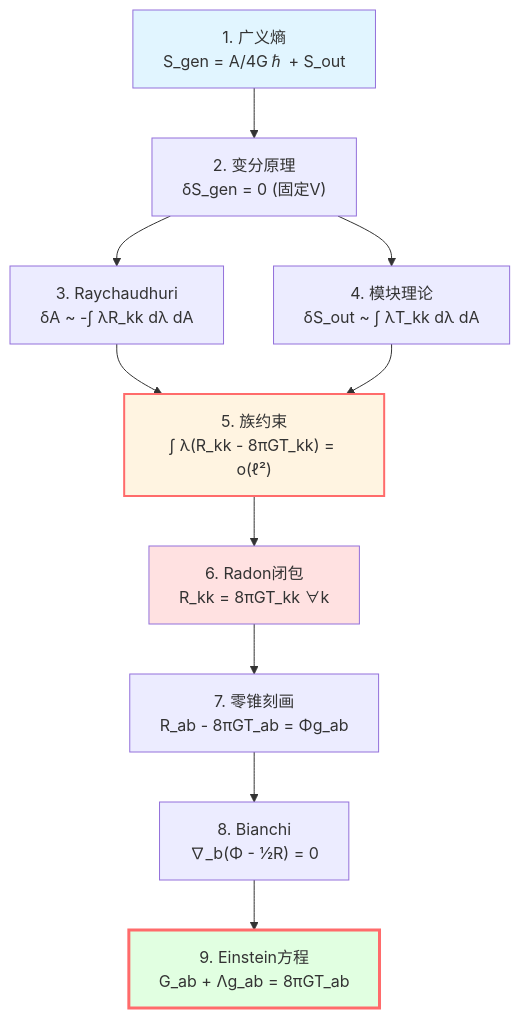
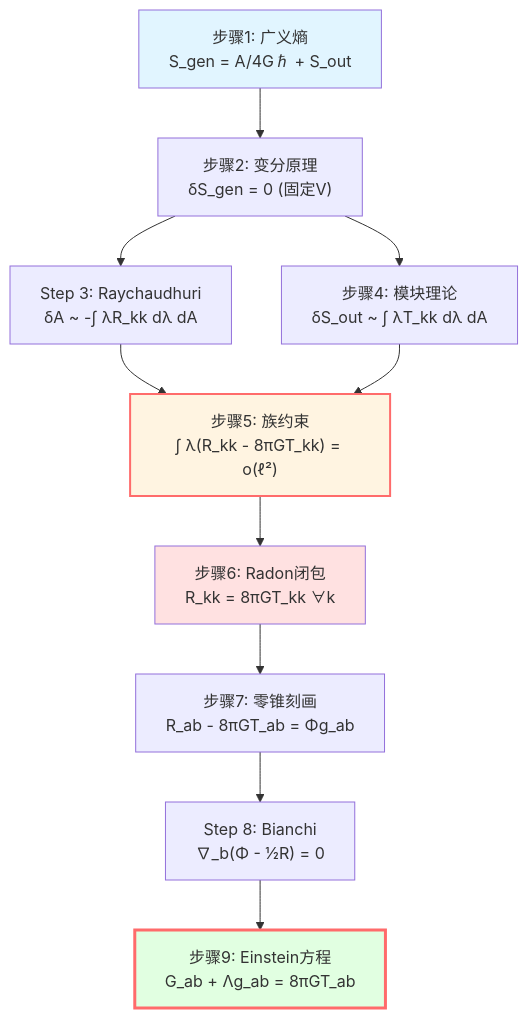
Before and after one commit to loning/zeckendorf-hilbert: the fifth of 5 diagrams in docs/euler-article/gls-union/04-igvp-framework/04-first-order-variation.md, drawn with Mermaid. The commit also changed 26 other files, not shown here.

````diff
--- a/docs/euler-article/gls-union/04-igvp-framework/04-first-order-variation.md
+++ b/docs/euler-article/gls-union/04-igvp-framework/04-first-order-variation.md
@@ -379,23 +379,23 @@
 ```mermaid
 graph TB
-    S1["1. 广义熵<br/>S_gen = A/4Gℏ + S_out"] --> S2["2. 变分原理<br/>δS_gen = 0 (固定V)"]
+    S1["步骤1: 广义熵<br/>S_gen = A/4Gℏ + S_out"] --> S2["步骤2: 变分原理<br/>δS_gen = 0 (固定V)"]
 
-    S2 --> S3["3. Raychaudhuri<br/>δA ~ -∫ λR_kk dλ dA"]
-    S2 --> S4["4. 模块理论<br/>δS_out ~ ∫ λT_kk dλ dA"]
+    S2 --> S3["Step 3: Raychaudhuri<br/>δA ~ -∫ λR_kk dλ dA"]
+    S2 --> S4["步骤4: 模块理论<br/>δS_out ~ ∫ λT_kk dλ dA"]
 
-    S3 --> S5["5. 族约束<br/>∫ λ(R_kk - 8πGT_kk) = o(ℓ²)"]
+    S3 --> S5["步骤5: 族约束<br/>∫ λ(R_kk - 8πGT_kk) = o(ℓ²)"]
     S4 --> S5
 
-    S5 --> S6["6. Radon闭包<br/>R_kk = 8πGT_kk ∀k"]
+    S5 --> S6["步骤6: Radon闭包<br/>R_kk = 8πGT_kk ∀k"]
 
-    S6 --> S7["7. 零锥刻画<br/>R_ab - 8πGT_ab = Φg_ab"]
+    S6 --> S7["步骤7: 零锥刻画<br/>R_ab - 8πGT_ab = Φg_ab"]
 
-    S7 --> S8["8. Bianchi<br/>∇_b(Φ - ½R) = 0"]
+    S7 --> S8["Step 8: Bianchi<br/>∇_b(Φ - ½R) = 0"]
 
-    S8 --> S9["9. Einstein方程<br/>G_ab + Λg_ab = 8πGT_ab"]
+    S8 --> S9["步骤9: Einstein方程<br/>G_ab + Λg_ab = 8πGT_ab"]
 
     style S1 fill:#e1f5ff
     style S5 fill:#fff4e1,stroke:#ff6b6b,stroke-width:2px
     style S6 fill:#ffe1e1
     style S9 fill:#e1ffe1,stroke:#ff6b6b,stroke-width:3px
 ```
````
